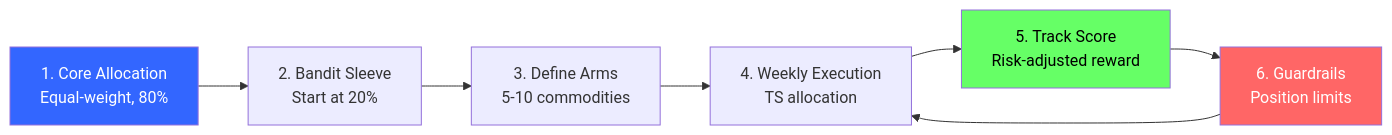
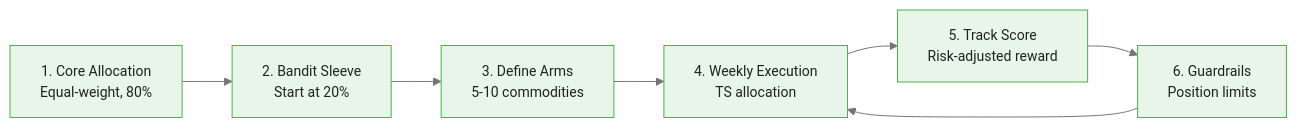
One commit to m-deane/course-creator changed the second of 4 diagrams in courses/multi-armed-bandits-ab-testing/modules/module_05_commodity_trading_bandits/guides/01_accumulator_bandit_playbook_slides.md. Above: the diagram before and after it, drawn with Mermaid. The commit also changed other lines of this file and 146 other files, not shown here.

````diff
--- a/courses/multi-armed-bandits-ab-testing/modules/module_05_commodity_trading_bandits/guides/01_accumulator_bandit_playbook_slides.md
+++ b/courses/multi-armed-bandits-ab-testing/modules/module_05_commodity_trading_bandits/guides/01_accumulator_bandit_playbook_slides.md
@@ -60,13 +72,10 @@
 ```mermaid
+%%{init: {"theme": "base", "themeVariables": {"primaryColor": "#e8f5e9", "primaryBorderColor": "#4caf50", "primaryTextColor": "#212121", "secondaryColor": "#e3f2fd", "tertiaryColor": "#fff8e1", "lineColor": "#757575", "fontFamily": "Inter, sans-serif", "fontSize": "14px"}}}%%
 flowchart LR
     S1["1. Core Allocation<br/>Equal-weight, 80%"] --> S2["2. Bandit Sleeve<br/>Start at 20%"]
     S2 --> S3["3. Define Arms<br/>5-10 commodities"]
     S3 --> S4["4. Weekly Execution<br/>TS allocation"]
     S4 --> S5["5. Track Score<br/>Risk-adjusted reward"]
     S5 --> S6["6. Guardrails<br/>Position limits"]
     S6 --> S4
-
-    style S1 fill:#36f,color:#fff
-    style S5 fill:#6f6,color:#000
-    style S6 fill:#f66,color:#fff
 ```
````
